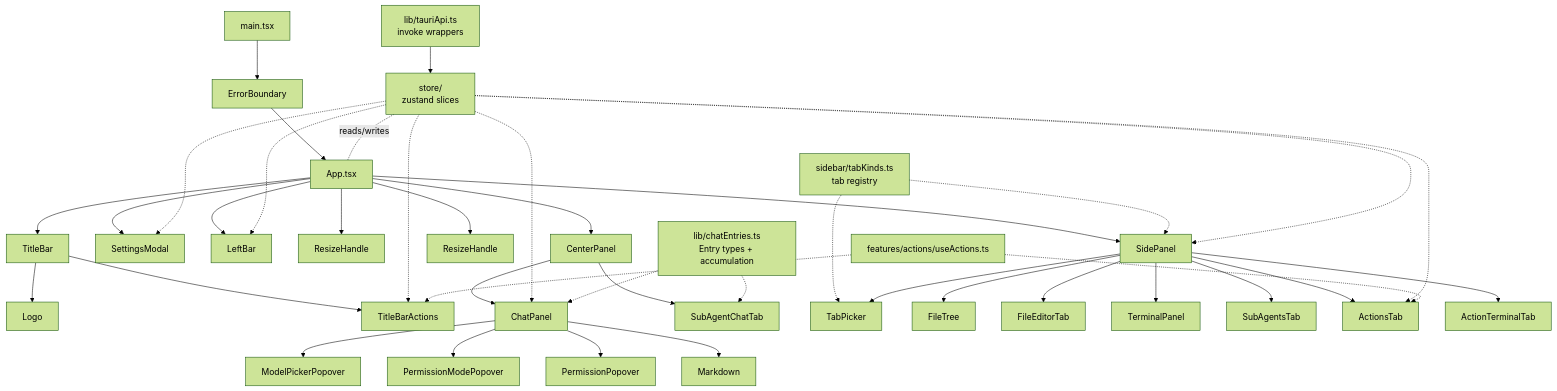
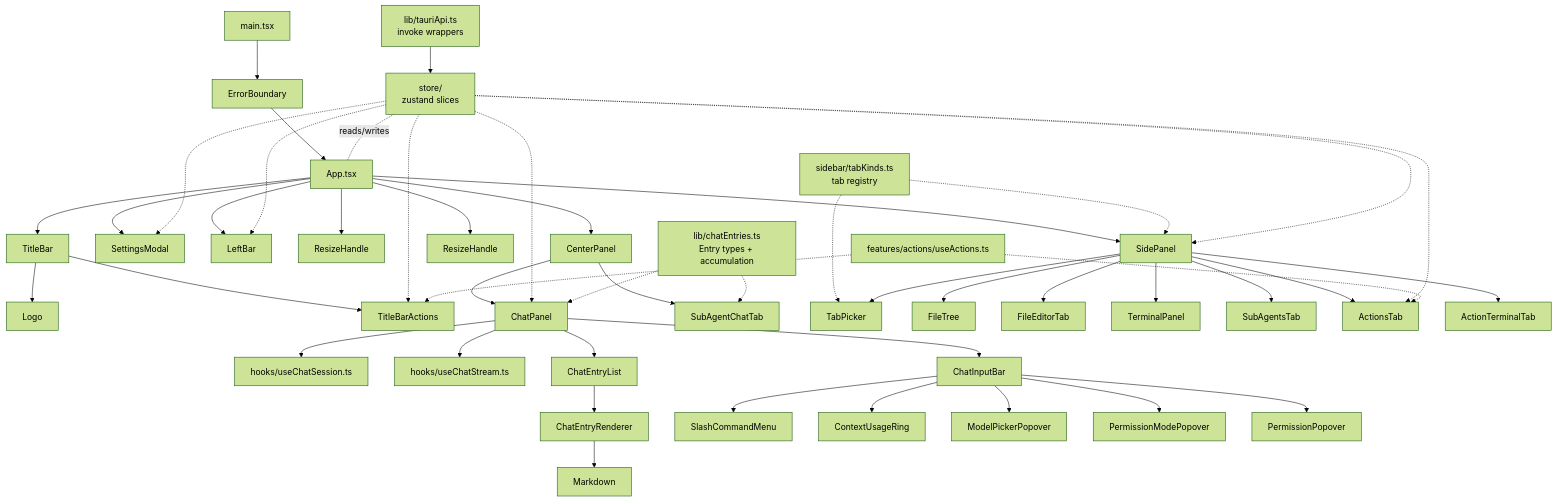
One commit to patheticGeek/ai-leash changed the third of 3 diagrams in ARCHITECTURE.md. Above: the diagram before and after it, drawn with Mermaid (forest theme). The commit also changed other lines of this file and 8 other files, not shown here.

First line of the commit message:
Split ChatPanel.tsx into an orchestrator plus focused hooks/components (phase 9 of PLAN.md)

````diff
--- a/ARCHITECTURE.md
+++ b/ARCHITECTURE.md
@@ -95,46 +95,53 @@
 ```mermaid
 graph TD
     main[main.tsx] --> EB[ErrorBoundary]
     EB --> App[App.tsx]
 
     App --> TitleBar
     TitleBar --> Logo
     TitleBar --> TitleBarActions
     App --> SettingsModal
     App --> LeftBar
     App --> ResizeHandle1[ResizeHandle]
     App --> CenterPanel
     App --> ResizeHandle2[ResizeHandle]
     App --> SidePanel
 
     CenterPanel --> ChatPanel
     CenterPanel --> SubAgentChatTab
-    ChatPanel --> ModelPickerPopover
-    ChatPanel --> PermissionModePopover
-    ChatPanel --> PermissionPopover
-    ChatPanel --> Markdown
+    ChatPanel --> useChatSession[hooks/useChatSession.ts]
+    ChatPanel --> useChatStream[hooks/useChatStream.ts]
+    ChatPanel --> ChatEntryList
+    ChatPanel --> ChatInputBar
+    ChatEntryList --> ChatEntryRenderer
+    ChatInputBar --> SlashCommandMenu
+    ChatInputBar --> ContextUsageRing
+    ChatInputBar --> ModelPickerPopover
+    ChatInputBar --> PermissionModePopover
+    ChatInputBar --> PermissionPopover
+    ChatEntryRenderer --> Markdown
 
     tabKinds[sidebar/tabKinds.ts\ntab registry] -.-> SidePanel
     tabKinds -.-> TabPicker
     SidePanel --> TabPicker
     SidePanel --> FileTree
     SidePanel --> FileEditorTab
     SidePanel --> TerminalPanel
     SidePanel --> SubAgentsTab
     SidePanel --> ActionsTab
     SidePanel --> ActionTerminalTab
 
     store[store/\nzustand slices] -.reads/writes.- App
     store -.-> LeftBar
     store -.-> ChatPanel
     store -.-> SidePanel
     store -.-> SettingsModal
     store -.-> ActionsTab
     store -.-> TitleBarActions
 
     tauriApi[lib/tauriApi.ts\ninvoke wrappers] --> store
     chatEntries[lib/chatEntries.ts\nEntry types + accumulation] -.-> ChatPanel
     chatEntries -.-> SubAgentChatTab
     useActions[features/actions/useActions.ts] -.-> ActionsTab
     useActions -.-> TitleBarActions
 ```
````
